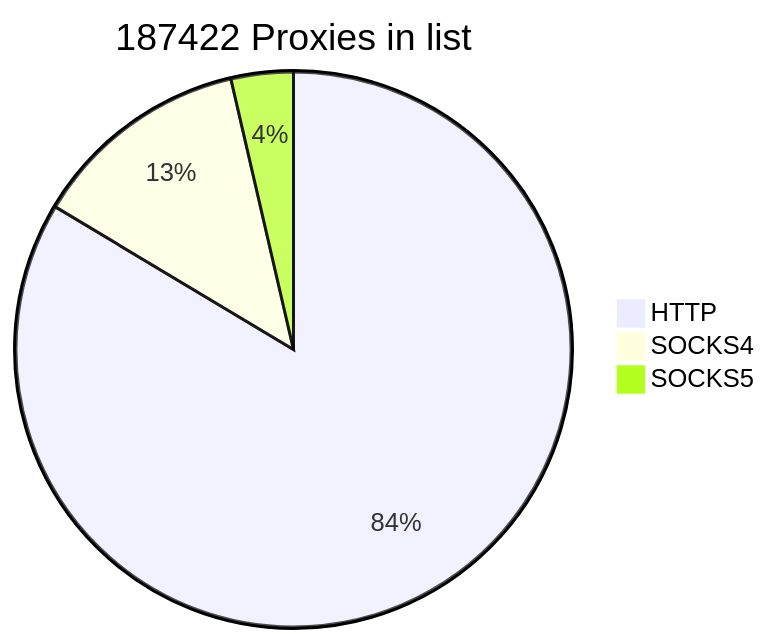
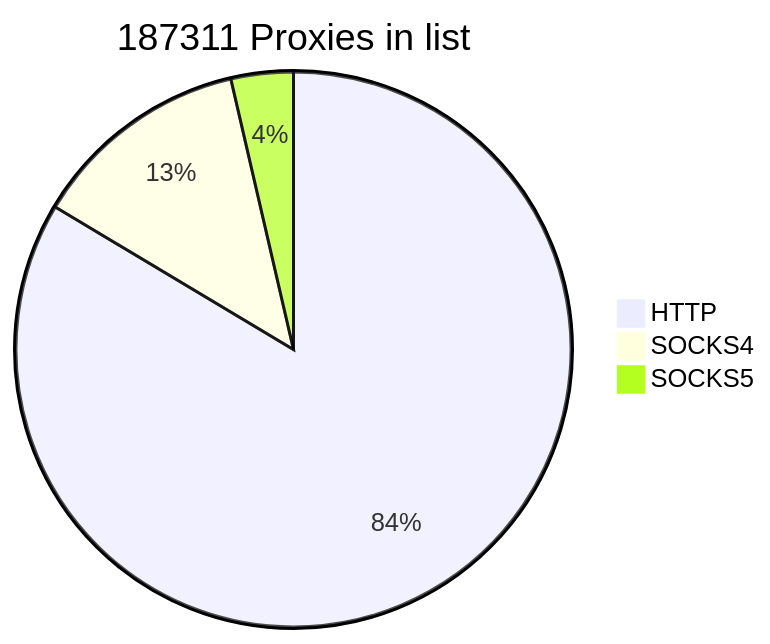
One commit to cutipu/proxylist changed the first of 2 diagrams in README.md. Above: the diagram before and after it, drawn with Mermaid. The commit also changed other lines of this file, not shown here.

````diff
--- a/README.md
+++ b/README.md
@@ -2,7 +2,7 @@
 ```mermaid
-pie title 187422 Proxies in list
-    "HTTP" : 156664
+pie title 187311 Proxies in list
+    "HTTP" : 156553
     "SOCKS4" : 23974
     "SOCKS5" : 6784
             
 ```
````
